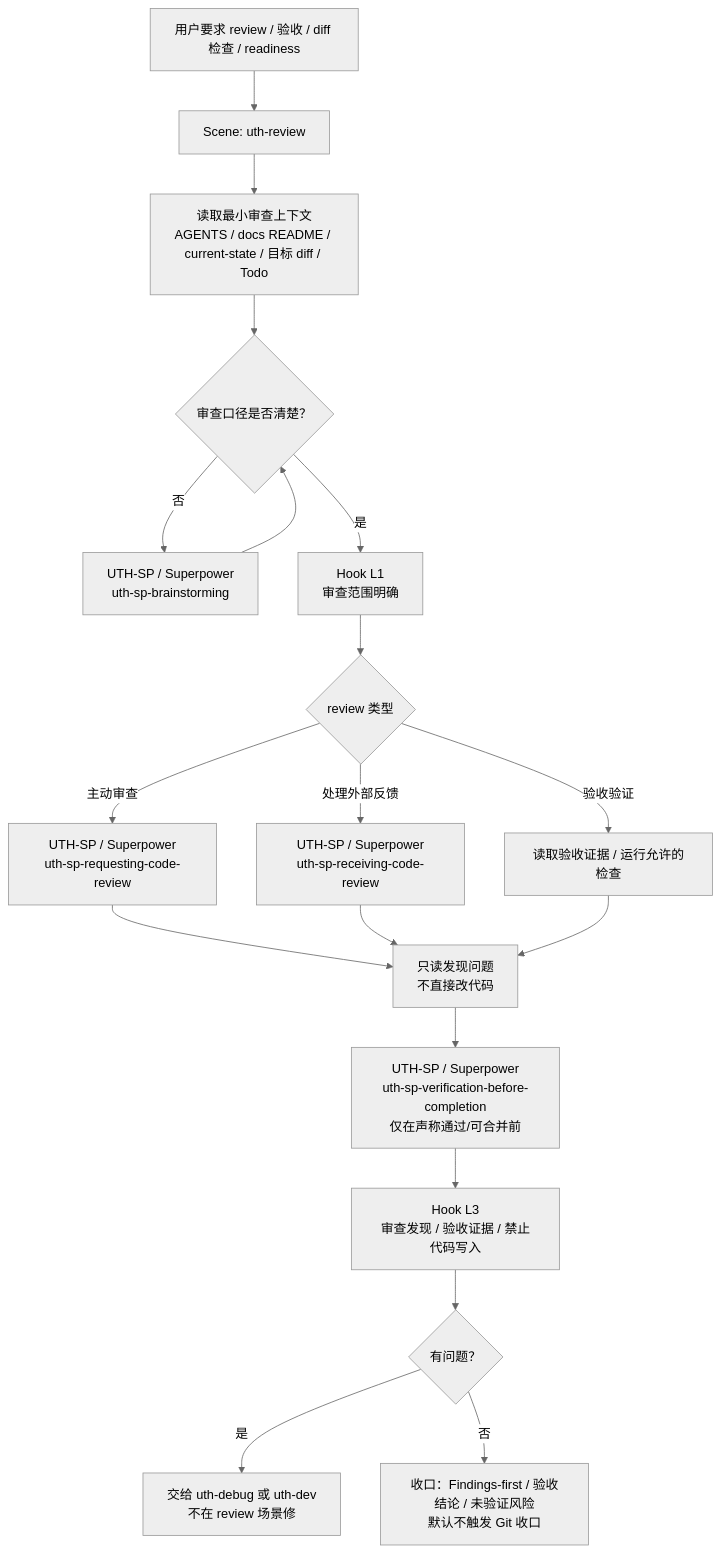
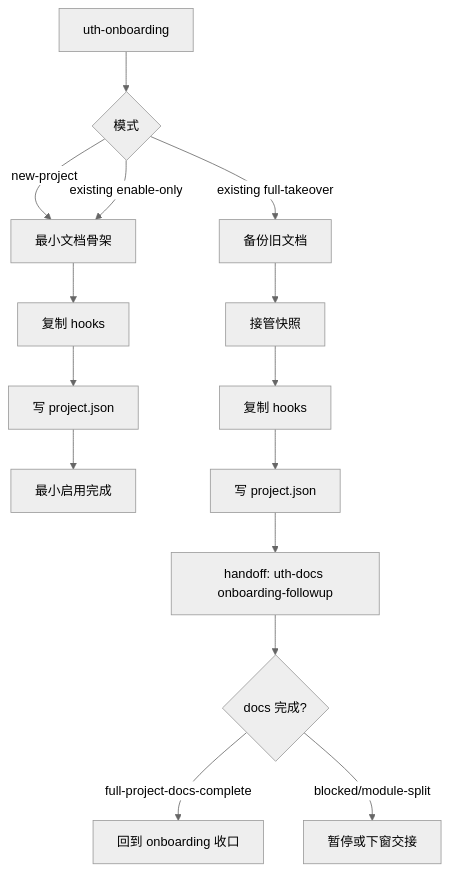
One commit to undertaker33/uth-governance changed the fourth of 7 diagrams in docs/FLOW_全链路流程图.md. Above: the diagram before and after it, drawn with Mermaid (neutral theme). The commit also changed other lines of this file and 3 other files, not shown here.

````diff
--- a/docs/FLOW_全链路流程图.md
+++ b/docs/FLOW_全链路流程图.md
@@ -245,23 +66,18 @@
 ```mermaid
 flowchart TD
-    A["用户要求 review / 验收 / diff 检查 / readiness"] --> B["Scene: uth-review"]
-    B --> C["读取最小审查上下文<br/>AGENTS / docs README / current-state / 目标 diff / Todo"]
-    C --> D{"审查口径是否清楚？"}
-    D -- "否" --> E["UTH-SP / Superpower<br/>uth-sp-brainstorming"]
-    E --> D
-    D -- "是" --> F["Hook L1<br/>审查范围明确"]
+    A["uth-onboarding"] --> B{"模式"}
+    B -- "new-project" --> C["最小文档骨架"]
+    B -- "existing enable-only" --> C
+    C --> D["复制 hooks"]
+    D --> E["写 project.json"]
+    E --> F["最小启用完成"]
 
-    F --> G{"review 类型"}
-    G -- "主动审查" --> H["UTH-SP / Superpower<br/>uth-sp-requesting-code-review"]
-    G -- "处理外部反馈" --> I["UTH-SP / Superpower<br/>uth-sp-receiving-code-review"]
-    G -- "验收验证" --> J["读取验收证据 / 运行允许的检查"]
-
-    H --> K["只读发现问题<br/>不直接改代码"]
-    I --> K
-    J --> K
-    K --> L["UTH-SP / Superpower<br/>uth-sp-verification-before-completion<br/>仅在声称通过/可合并前"]
-    L --> M["Hook L3<br/>审查发现 / 验收证据 / 禁止代码写入"]
-    M --> N{"有问题？"}
-    N -- "是" --> O["交给 uth-debug 或 uth-dev<br/>不在 review 场景修"]
-    N -- "否" --> P["收口：Findings-first / 验收结论 / 未验证风险<br/>默认不触发 Git 收口"]
+    B -- "existing full-takeover" --> G["备份旧文档"]
+    G --> H["接管快照"]
+    H --> I["复制 hooks"]
+    I --> J["写 project.json"]
+    J --> K["handoff: uth-docs onboarding-followup"]
+    K --> L{"docs 完成?"}
+    L -- "full-project-docs-complete" --> M["回到 onboarding 收口"]
+    L -- "blocked/module-split" --> N["暂停或下窗交接"]
 ```
````
